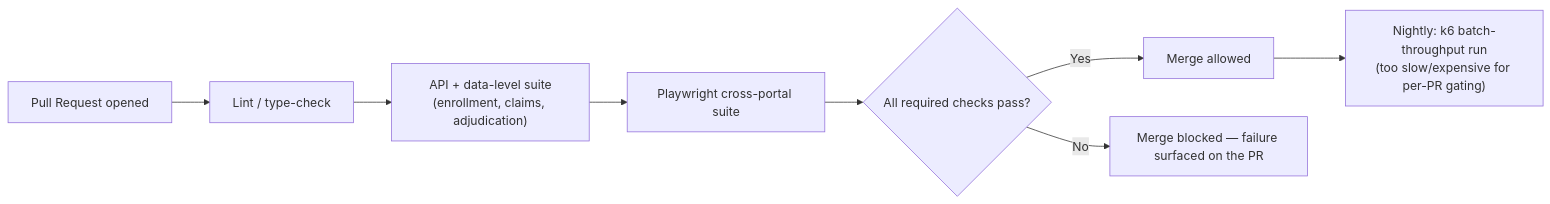
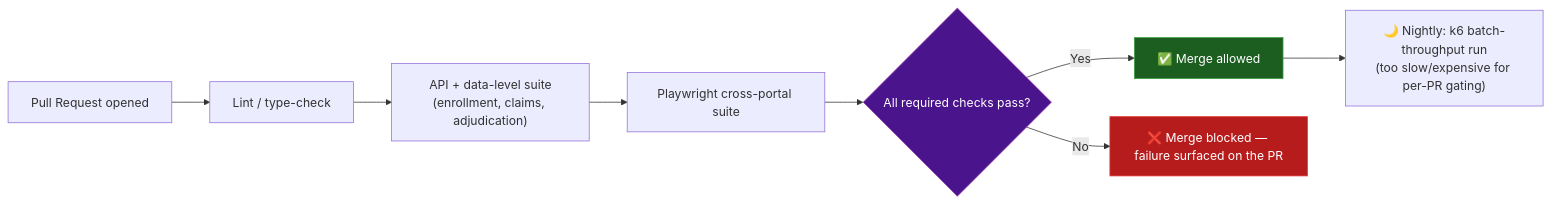
The second of 2 diagrams in docs/tech-and-skills.md (ghanendra-sdet/healthcare-insurance-platform), drawn with Mermaid before and after one commit. The commit also changed other lines of this file and 1 other file, not shown here.

Commit message:
docs: enrich architecture and tech-and-skills diagrams

````diff
--- a/docs/tech-and-skills.md
+++ b/docs/tech-and-skills.md
@@ -62,10 +68,18 @@
 ```mermaid
 flowchart LR
     PR["Pull Request opened"] --> Lint["Lint / type-check"]
     Lint --> API["API + data-level suite<br/>(enrollment, claims, adjudication)"]
     API --> UI["Playwright cross-portal suite"]
     UI --> Gate{"All required checks pass?"}
-    Gate -->|Yes| Merge["Merge allowed"]
-    Gate -->|No| Block["Merge blocked — failure surfaced on the PR"]
-    Merge --> Nightly["Nightly: k6 batch-throughput run<br/>(too slow/expensive for per-PR gating)"]
+    Gate -->|Yes| Merge["✅ Merge allowed"]
+    Gate -->|No| Block["❌ Merge blocked — failure surfaced on the PR"]
+    Merge --> Nightly["🌙 Nightly: k6 batch-throughput run<br/>(too slow/expensive for per-PR gating)"]
+
+    classDef gate fill:#4a148c,color:#fff,stroke:#ab47bc,stroke-width:1px
+    classDef good fill:#1b5e20,color:#fff,stroke:#43a047,stroke-width:1px
+    classDef bad fill:#b71c1c,color:#fff,stroke:#e53935,stroke-width:1px
+
+    class Gate gate
+    class Merge good
+    class Block bad
 ```
````
